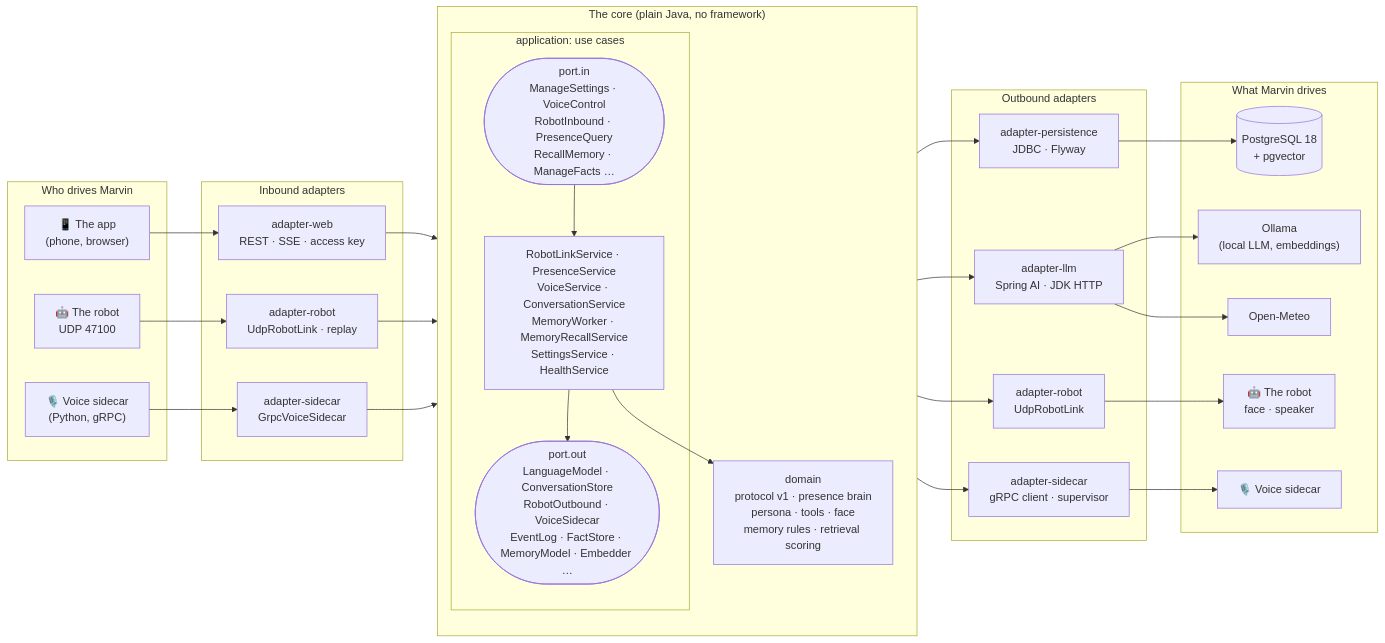
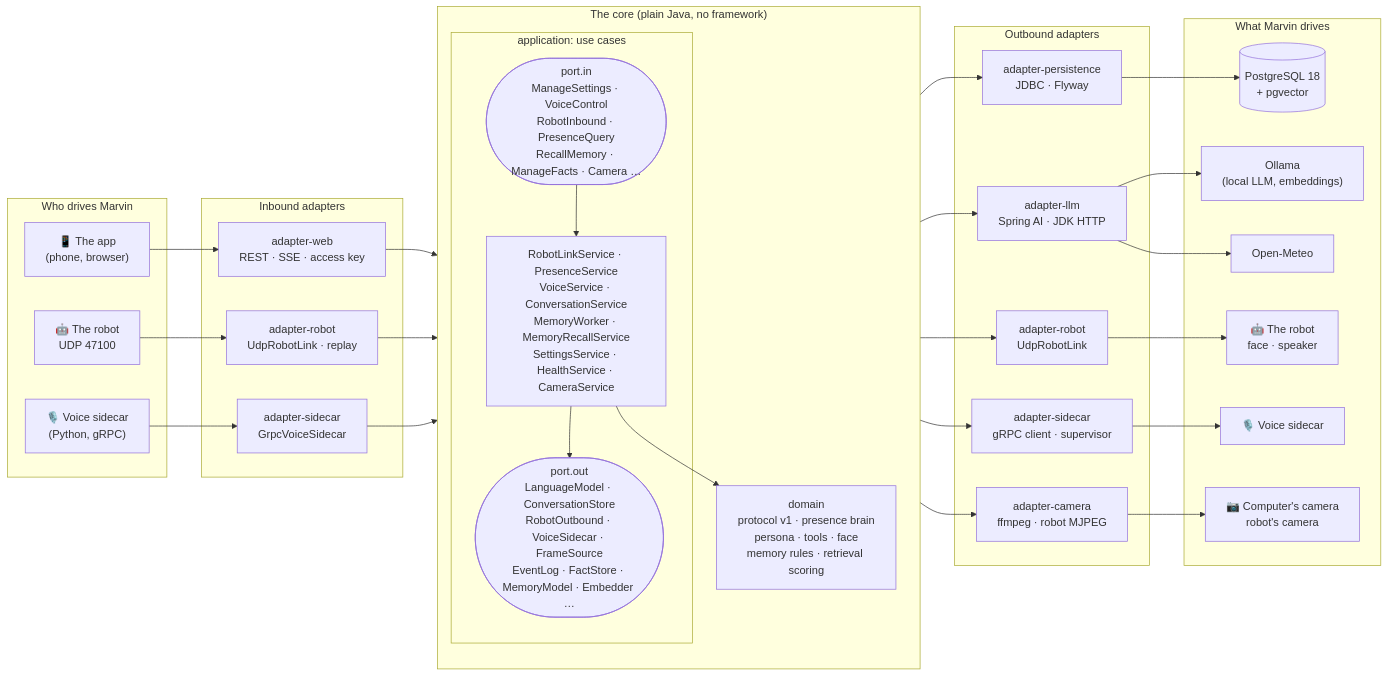
The first of 5 diagrams in host-java/README.md (SebastienTr/Marvin), drawn with Mermaid before and after one commit. The commit also changed other lines of this file and 8 other files, not shown here.

Commit message:
Docs: vision.md (Marvin looks when asked, on a Mac today), the camera in the voice, app, design and intelligence pages, the changelog and the engineering log

````diff
--- a/host-java/README.md
+++ b/host-java/README.md
@@ -37,50 +37,53 @@
 ```mermaid
 flowchart LR
     subgraph drivers["Who drives Marvin"]
         phone["📱 The app<br/>(phone, browser)"]
         robot_in["🤖 The robot<br/>UDP 47100"]
         voice_in["🎙️ Voice sidecar<br/>(Python, gRPC)"]
     end
 
     subgraph in_adapters["Inbound adapters"]
         web["adapter-web<br/>REST · SSE · access key"]
         udp_in["adapter-robot<br/>UdpRobotLink · replay"]
         grpc_in["adapter-sidecar<br/>GrpcVoiceSidecar"]
     end
 
     subgraph core["The core (plain Java, no framework)"]
         direction TB
         subgraph app["application: use cases"]
-            pin(["port.in<br/>ManageSettings · VoiceControl<br/>RobotInbound · PresenceQuery<br/>RecallMemory · ManageFacts …"])
-            svc["RobotLinkService · PresenceService<br/>VoiceService · ConversationService<br/>MemoryWorker · MemoryRecallService<br/>SettingsService · HealthService"]
-            pout(["port.out<br/>LanguageModel · ConversationStore<br/>RobotOutbound · VoiceSidecar<br/>EventLog · FactStore · MemoryModel · Embedder …"])
+            pin(["port.in<br/>ManageSettings · VoiceControl<br/>RobotInbound · PresenceQuery<br/>RecallMemory · ManageFacts · Camera …"])
+            svc["RobotLinkService · PresenceService<br/>VoiceService · ConversationService<br/>MemoryWorker · MemoryRecallService<br/>SettingsService · HealthService · CameraService"]
+            pout(["port.out<br/>LanguageModel · ConversationStore<br/>RobotOutbound · VoiceSidecar · FrameSource<br/>EventLog · FactStore · MemoryModel · Embedder …"])
             pin --> svc --> pout
         end
         dom["domain<br/>protocol v1 · presence brain<br/>persona · tools · face<br/>memory rules · retrieval scoring"]
         svc --> dom
     end
 
     subgraph out_adapters["Outbound adapters"]
         pg["adapter-persistence<br/>JDBC · Flyway"]
         llm["adapter-llm<br/>Spring AI · JDK HTTP"]
         udp_out["adapter-robot<br/>UdpRobotLink"]
         side["adapter-sidecar<br/>gRPC client · supervisor"]
+        cam["adapter-camera<br/>ffmpeg · robot MJPEG"]
     end
 
     subgraph driven["What Marvin drives"]
         db[("PostgreSQL 18<br/>+ pgvector")]
         ollama["Ollama<br/>(local LLM, embeddings)"]
         meteo["Open-Meteo"]
         robot_out["🤖 The robot<br/>face · speaker"]
         voice_out["🎙️ Voice sidecar"]
+        cams["📷 Computer's camera<br/>robot's camera"]
     end
 
     phone --> web --> pin
     robot_in --> udp_in --> pin
     voice_in --> grpc_in --> pin
     pout --> pg --> db
     pout --> llm --> ollama
     llm --> meteo
     pout --> udp_out --> robot_out
     pout --> side --> voice_out
+    pout --> cam --> cams
 ```
````
